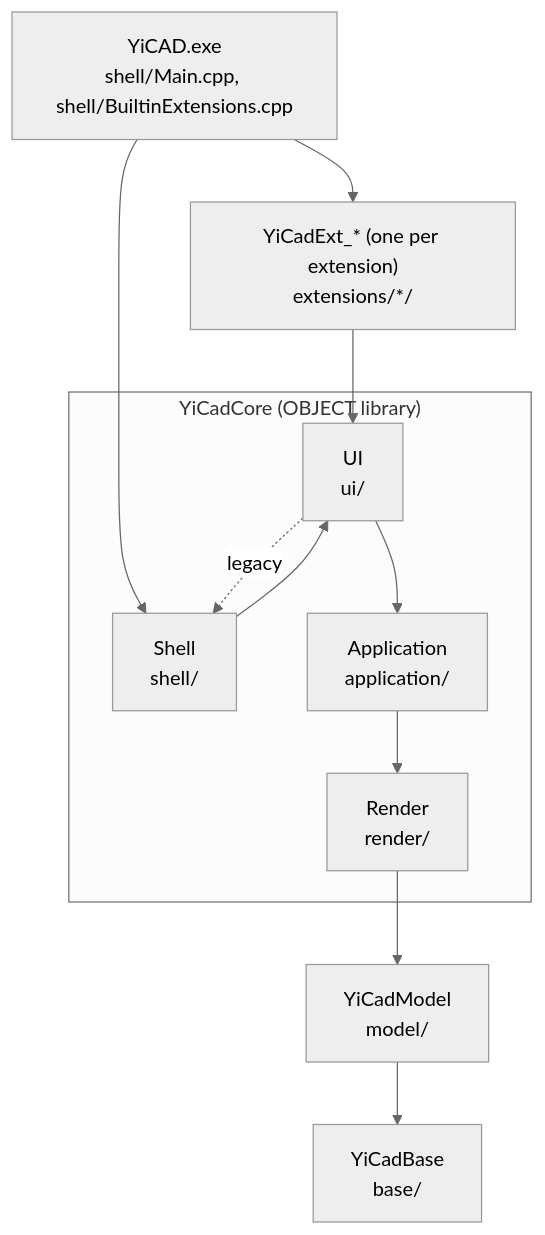
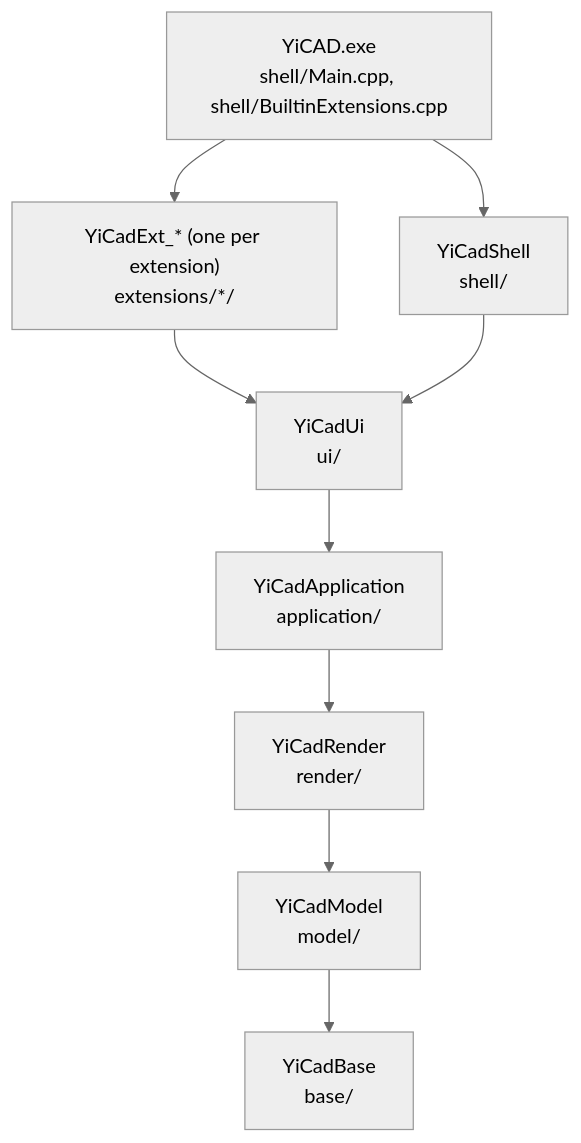
The diagram in README.md (chicai-18/YiCAD), drawn with Mermaid (neutral theme) before and after one commit. The commit also changed other lines of this file and 13 other files, not shown here.

First line of the commit message:
分层重组 S6：YiCadCore 拆成 Render、Application、Ui、Shell 四个库

````diff
--- a/README.md
+++ b/README.md
@@ -348,23 +348,20 @@
 ```mermaid
 flowchart TB
     Exe["YiCAD.exe<br/>shell/Main.cpp, shell/BuiltinExtensions.cpp"]
     Ext["YiCadExt_* (one per extension)<br/>extensions/*/"]
-    subgraph Core["YiCadCore (OBJECT library)"]
-        Shell["Shell<br/>shell/"]
-        Ui["UI<br/>ui/"]
-        Appl["Application<br/>application/"]
-        Render["Render<br/>render/"]
-    end
+    Shell["YiCadShell<br/>shell/"]
+    Ui["YiCadUi<br/>ui/"]
+    Appl["YiCadApplication<br/>application/"]
+    Render["YiCadRender<br/>render/"]
     Model["YiCadModel<br/>model/"]
     Base["YiCadBase<br/>base/"]
 
     Exe --> Ext
     Exe --> Shell
     Ext --> Ui
     Shell --> Ui
-    Ui -. legacy .-> Shell
     Ui --> Appl
     Appl --> Render
     Render --> Model
     Model --> Base
 ```
````
